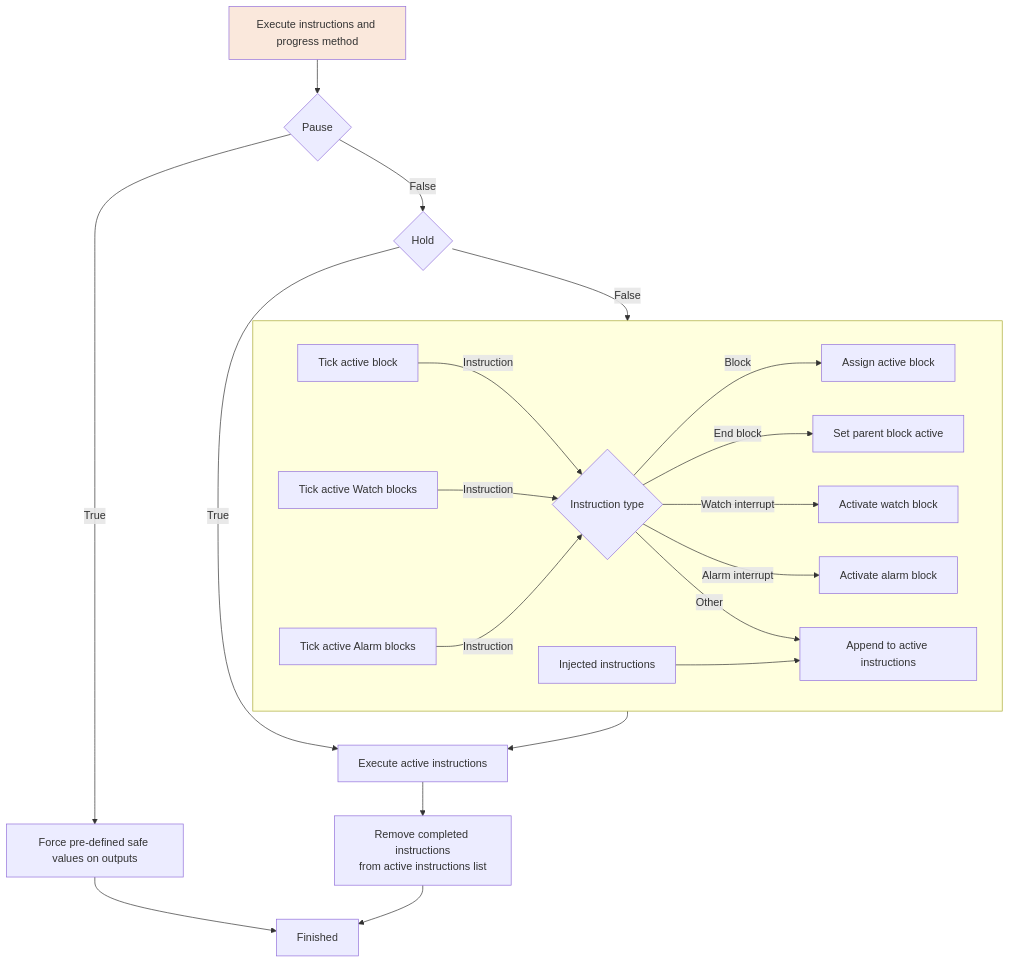
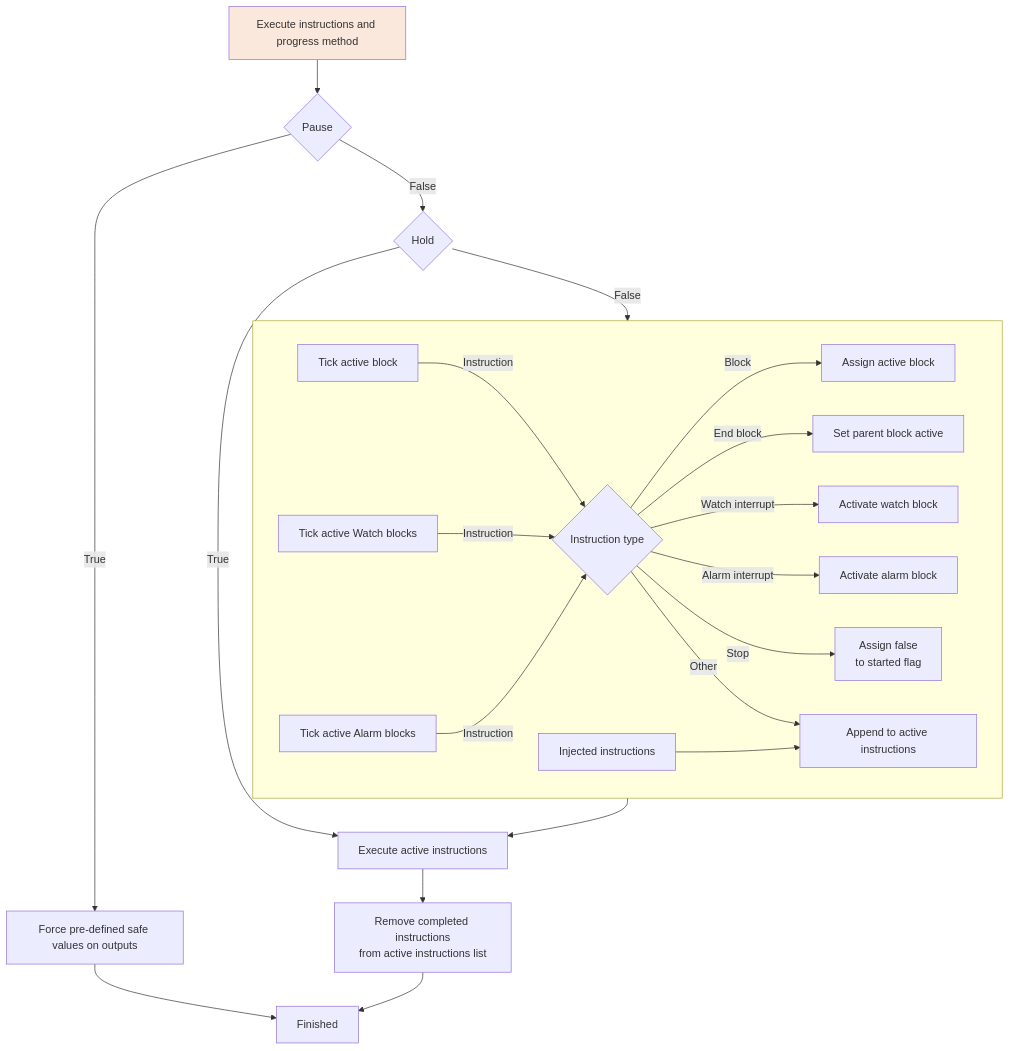
The third of 3 diagrams in docs/index.rst (Open-Pectus/Open-Pectus), drawn with Mermaid before and after one commit.

Commit message:
Add Stop instruction to diagram

```diff
--- a/docs/index.rst
+++ b/docs/index.rst
@@ -245,32 +245,33 @@
 .. mermaid::
     :caption: Execute instructions and progress method.
     :align: center
     
     flowchart TD
         %% Path when pause flag is set
         A[Execute instructions and progress method]
         --> B{Pause}
         -->|True| D[Force pre-defined safe values on outputs]
         --> E[Finished]
 
         %% Path when hold flag is set
         B
         -->|False| G{Hold}
         -->|True| V
 
         %% Path when neither paused nor held
         G
         -->|False| tickinstr
         subgraph tickinstr[ ]
         R[Tick active block] -->|Instruction| U{Instruction type}
         S[Tick active Watch blocks] -->|Instruction| U
         T[Tick active Alarm blocks] -->|Instruction| U
             U -->|Block| N[Assign active block]
             U -->|End block| O[Set parent block active]
             U -->|Watch interrupt| P[Activate watch block]
             U -->|Alarm interrupt| Q[Activate alarm block]
+            U -->|Stop| Z[Assign false<br />to started flag]
             U -->|Other| X[Append to active instructions]
             Y[Injected instructions] --> X
         end
         tickinstr --> V[Execute active instructions] --> W[Remove completed instructions<br />from active instructions list] --> E
         style A fill:#fae8dc
```
